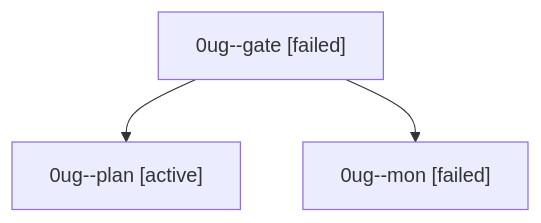
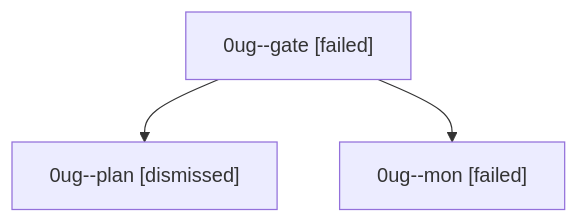
The diagram in sessions/bbugyi200.athena.0ug.md (bobs-org/bob-cli--agents), drawn with Mermaid before and after one commit. The commit also changed other lines of this file and 24 other files, not shown here.

````diff
--- a/sessions/bbugyi200.athena.0ug.md
+++ b/sessions/bbugyi200.athena.0ug.md
@@ -9,8 +9,8 @@
 ```mermaid
 flowchart TD
   n0["0ug--gate [failed]"]
-  n1["0ug--plan [active]"]
+  n1["0ug--plan [dismissed]"]
   n0 --> n1
   n2["0ug--mon [failed]"]
   n0 --> n2
 ```
````
